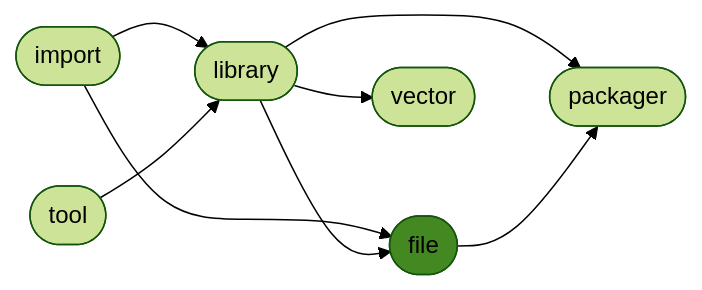
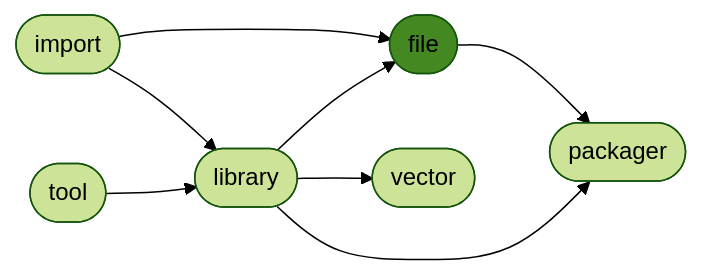
The diagram in README.md (ManderaGeneral/generalfile), drawn with Mermaid (forest theme) before and after one commit. The commit also changed other lines of this file, not shown here.

````diff
--- a/README.md
+++ b/README.md
@@ -24,17 +24,17 @@
 ```mermaid
 flowchart LR
 0([import]) --> 3([file])
-2([library]) --> 5([packager])
-0([import]) --> 2([library])
+3([file]) --> 5([packager])
 2([library]) --> 4([vector])
 2([library]) --> 3([file])
-3([file]) --> 5([packager])
+0([import]) --> 2([library])
 1([tool]) --> 2([library])
+2([library]) --> 5([packager])
 click 0 "https://github.com/ManderaGeneral/generalimport"
 click 1 "https://github.com/ManderaGeneral/generaltool"
 click 2 "https://github.com/ManderaGeneral/generallibrary"
 click 3 "https://github.com/ManderaGeneral/generalfile"
 click 4 "https://github.com/ManderaGeneral/generalvector"
 click 5 "https://github.com/ManderaGeneral/generalpackager"
 style 3 fill:#482
 ```
````
